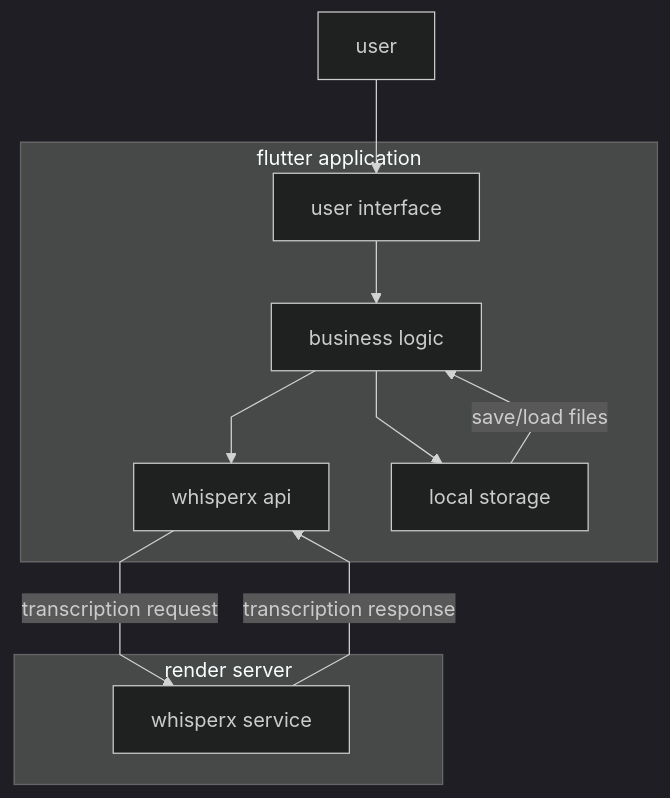
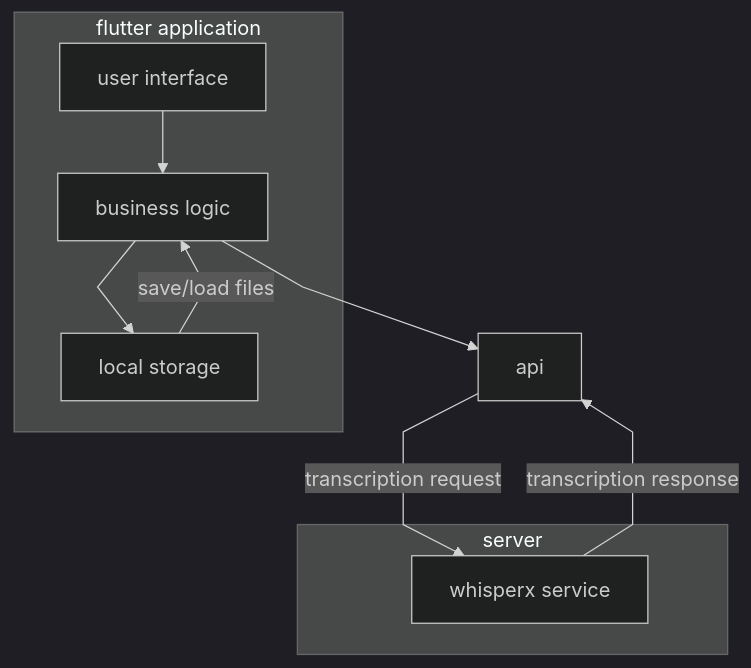
One commit to nzzrs/whippx changed the first of 5 diagrams in analysis and design/system analysis and design document.md. Above: the diagram before and after it, drawn with Mermaid. The commit also changed other lines of this file and 9 other files, not shown here.

````diff
--- a/analysis and design/system analysis and design document.md
+++ b/analysis and design/system analysis and design document.md
@@ -17,27 +17,25 @@
 ```mermaid
 %%{init: {"theme": "dark", "flowchart": {"curve": "linear", "useMaxWidth": false}}}%%
 flowchart TD
 
 subgraph flutter_app [flutter application]
 
     ui[user interface]
     logic[business logic]
-    whisperx_api[whisperx api]
     storage[local storage]
 
 end
 
-subgraph render_server [render server]
+subgraph server [server]
 
     whisperx_service[whisperx service]
 
 end
 
-user --> ui
 ui --> logic
-logic --> whisperx_api
 logic --> storage
-whisperx_api -->|transcription request| whisperx_service
-whisperx_service -->|transcription response| whisperx_api
+logic --> api
 storage -->|save/load files| logic
+api -->|transcription request| whisperx_service
+whisperx_service -->|transcription response| api
 ```
````
